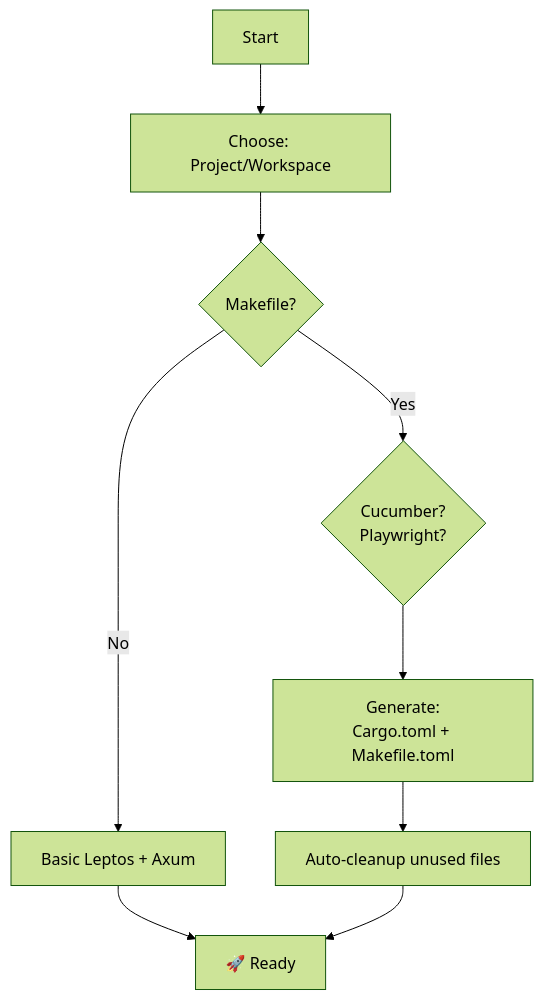
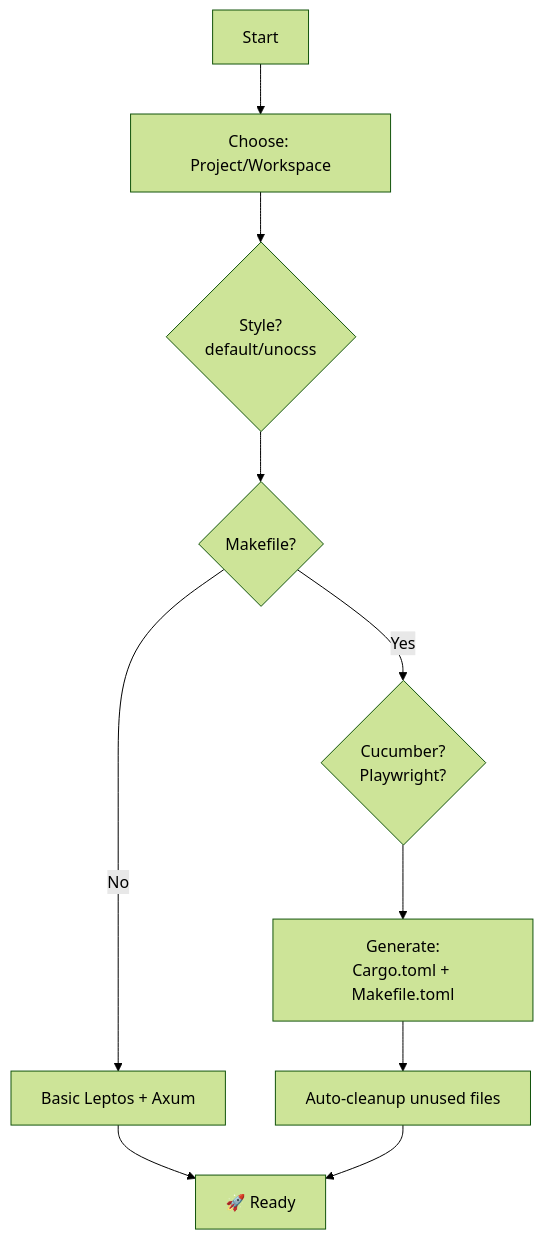
The diagram in README.md (Ritzier/start-leptos), drawn with Mermaid (forest theme) before and after one commit. The commit also changed other lines of this file, not shown here.

````diff
--- a/README.md
+++ b/README.md
@@ -57,11 +57,13 @@
 ```mermaid
 flowchart TD
     A[Start] --> B[Choose: Project/Workspace]
-    B --> C{Makefile?}
-    C -->|No| D[Basic Leptos + Axum]
-    C -->|Yes| E{Cucumber?<br/>Playwright?}
-    E --> F[Generate:<br/>Cargo.toml + Makefile.toml]
-    F --> G[Auto-cleanup unused files]
-    D --> H[🚀 Ready]
-    G --> H
+    B --> C{Style?<br/>default/unocss}
+    C --> D{Makefile?}
+    D -->|No| E[Basic Leptos + Axum]
+    D -->|Yes| F{Cucumber?<br/>Playwright?}
+    F --> G[Generate:<br/>Cargo.toml + Makefile.toml]
+    G --> H[Auto-cleanup unused files]
+    E --> I[🚀 Ready]
+    H --> I
+
 ```
````
